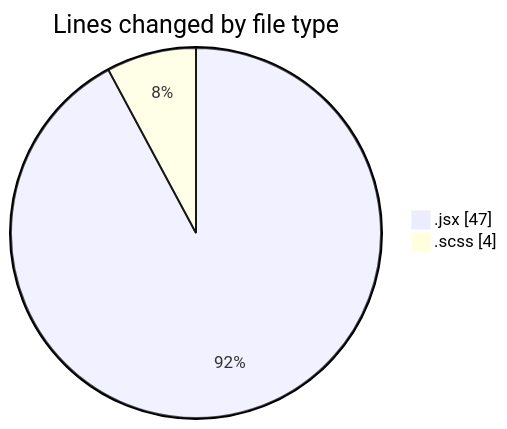
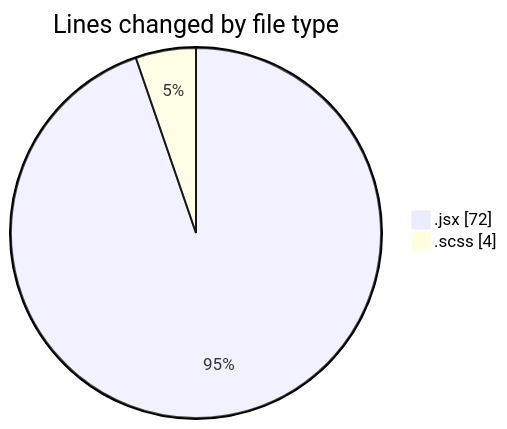
The first of 2 diagrams in 2025-06-04/cda/README.md (momahboobian/code-tracking), drawn with Mermaid before and after one commit. The commit also changed other lines of this file and 1 other file, not shown here.

````diff
--- a/2025-06-04/cda/README.md
+++ b/2025-06-04/cda/README.md
@@ -22,6 +22,6 @@
 ```mermaid
 pie showData
 title Lines changed by file type
-".jsx" : 47
+".jsx" : 72
 ".scss" : 4
 ```
````
